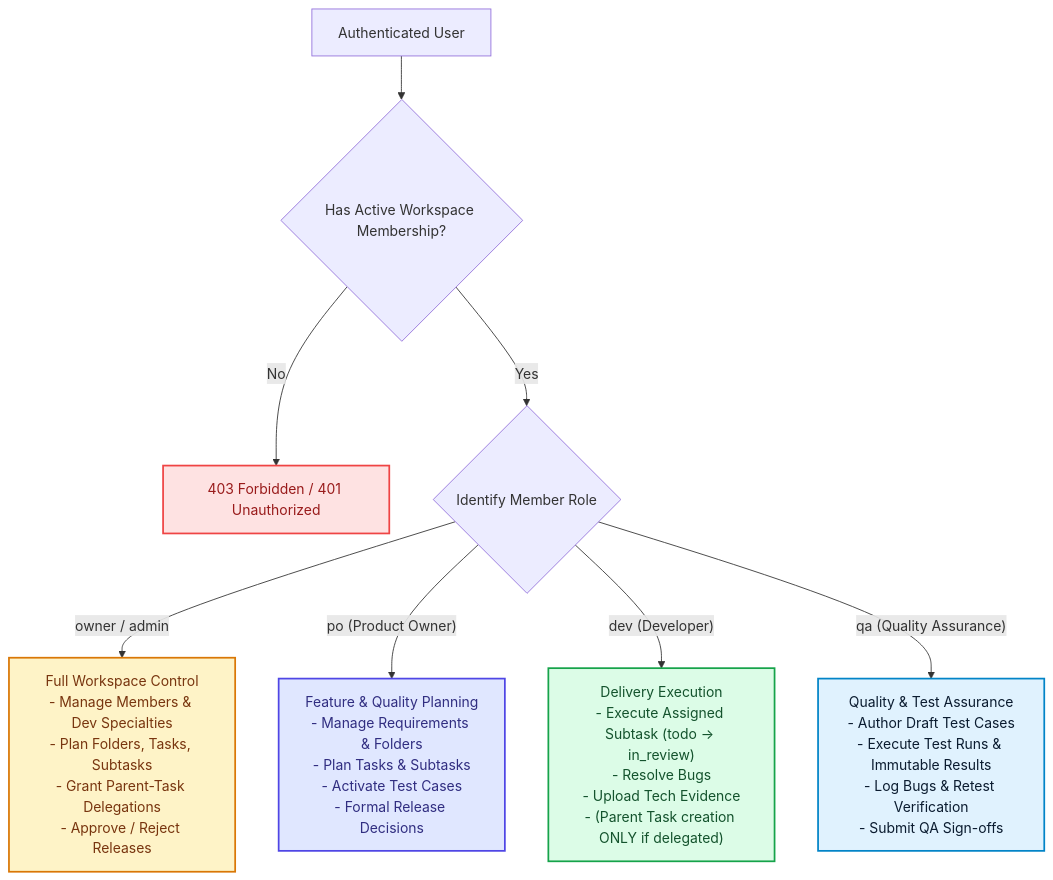
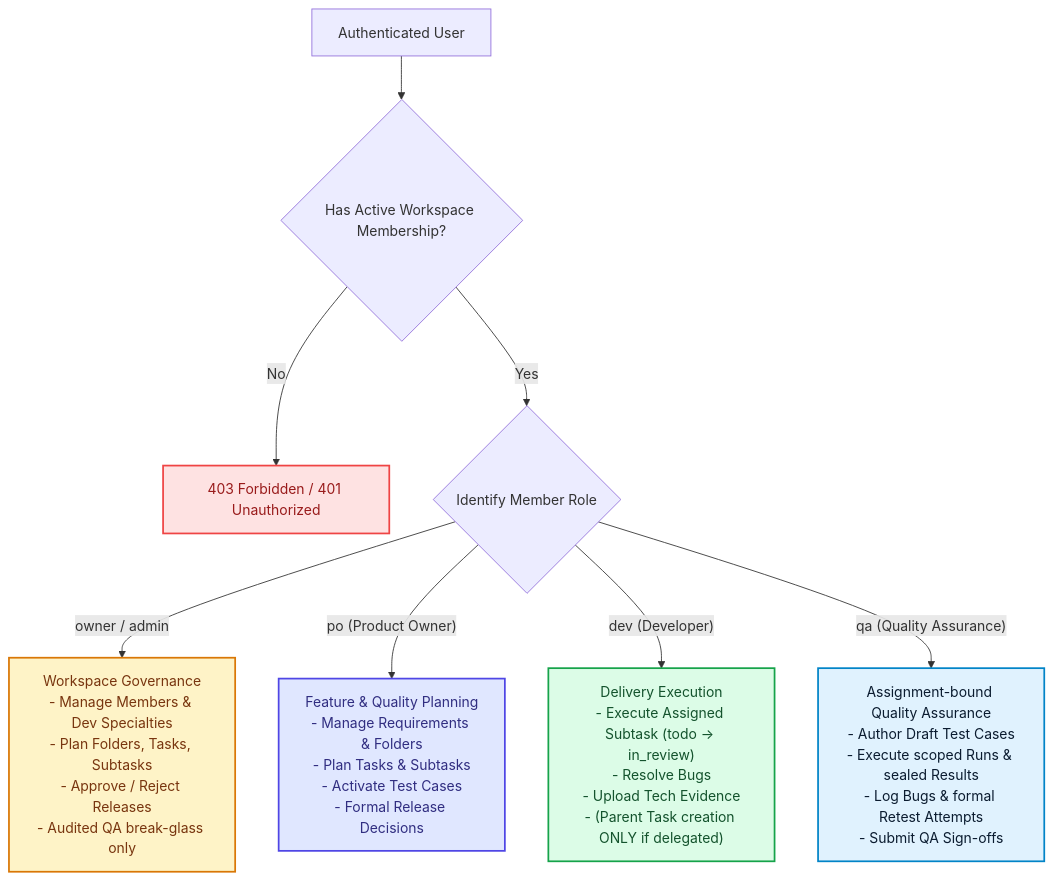
Before and after one commit to oneilreyand/qlickhub: the third of 3 diagrams in docs/1_ARCHITECTURE.md, drawn with Mermaid. The commit also changed other lines of this file and 167 other files, not shown here.

````diff
--- a/docs/1_ARCHITECTURE.md
+++ b/docs/1_ARCHITECTURE.md
@@ -205,24 +221,24 @@
 ```mermaid
 graph TD
     User["Authenticated User"] --> MemberCheck{"Has Active Workspace Membership?"}
     MemberCheck -- "No" --> Deny403["403 Forbidden / 401 Unauthorized"]
 
     MemberCheck -- "Yes" --> RoleRouter{"Identify Member Role"}
 
-    RoleRouter -->|"owner / admin"| FullControl["Full Workspace Control\n- Manage Members & Dev Specialties\n- Plan Folders, Tasks, Subtasks\n- Grant Parent-Task Delegations\n- Approve / Reject Releases"]
+    RoleRouter -->|"owner / admin"| FullControl["Workspace Governance\n- Manage Members & Dev Specialties\n- Plan Folders, Tasks, Subtasks\n- Approve / Reject Releases\n- Audited QA break-glass only"]
     RoleRouter -->|"po (Product Owner)"| POControl["Feature & Quality Planning\n- Manage Requirements & Folders\n- Plan Tasks & Subtasks\n- Activate Test Cases\n- Formal Release Decisions"]
     RoleRouter -->|"dev (Developer)"| DevControl["Delivery Execution\n- Execute Assigned Subtask (todo → in_review)\n- Resolve Bugs\n- Upload Tech Evidence\n- (Parent Task creation ONLY if delegated)"]
-    RoleRouter -->|"qa (Quality Assurance)"| QAControl["Quality & Test Assurance\n- Author Draft Test Cases\n- Execute Test Runs & Immutable Results\n- Log Bugs & Retest Verification\n- Submit QA Sign-offs"]
+    RoleRouter -->|"qa (Quality Assurance)"| QAControl["Assignment-bound Quality Assurance\n- Author Draft Test Cases\n- Execute scoped Runs & sealed Results\n- Log Bugs & formal Retest Attempts\n- Submit QA Sign-offs"]
 
     classDef deny fill:#FEE2E2,stroke:#EF4444,stroke-width:2px,color:#991B1B;
     classDef owner fill:#FEF3C7,stroke:#D97706,stroke-width:2px,color:#78350F;
     classDef po fill:#E0E7FF,stroke:#4F46E5,stroke-width:2px,color:#312E81;
     classDef dev fill:#DCFCE7,stroke:#16A34A,stroke-width:2px,color:#14532D;
     classDef qa fill:#E0F2FE,stroke:#0284C7,stroke-width:2px,color:#0B1C30;
 
     class Deny403 deny;
     class FullControl owner;
     class POControl po;
     class DevControl dev;
     class QAControl qa;
 ```
````
